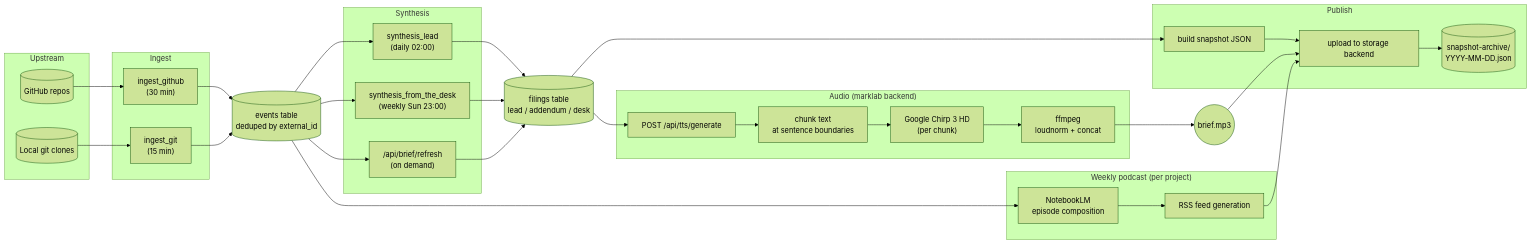
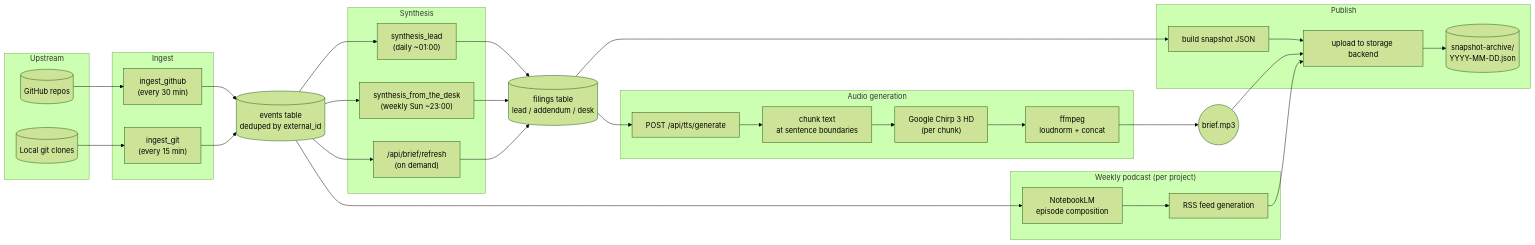
The first of 6 diagrams in docs/architecture/DATA-FLOW.md (markdavidgan/dispatch), drawn with Mermaid (forest theme) before and after one commit. The commit also changed other lines of this file and 4 other files, not shown here.

First line of the commit message:
docs(architecture): restructure docs around two deployment modes

````diff
--- a/docs/architecture/DATA-FLOW.md
+++ b/docs/architecture/DATA-FLOW.md
@@ -9,52 +17,52 @@
 ```mermaid
 flowchart LR
     subgraph upstream["Upstream"]
         gh[("GitHub repos")]
         git[("Local git clones")]
     end
 
     subgraph ingest["Ingest"]
-        ig["ingest_github<br/>(30 min)"]
-        igit["ingest_git<br/>(15 min)"]
+        ig["ingest_github<br/>(every 30 min)"]
+        igit["ingest_git<br/>(every 15 min)"]
     end
 
     events[("events table<br/>deduped by external_id")]
 
     subgraph synth["Synthesis"]
-        sl["synthesis_lead<br/>(daily 02:00)"]
-        sd["synthesis_from_the_desk<br/>(weekly Sun 23:00)"]
+        sl["synthesis_lead<br/>(daily ~01:00)"]
+        sd["synthesis_from_the_desk<br/>(weekly Sun ~23:00)"]
         sr["/api/brief/refresh<br/>(on demand)"]
     end
 
     filings[("filings table<br/>lead / addendum / desk")]
 
-    subgraph audio["Audio (marklab backend)"]
+    subgraph audio["Audio generation"]
         tts_api["POST /api/tts/generate"]
         chunk["chunk text<br/>at sentence boundaries"]
         gtts["Google Chirp 3 HD<br/>(per chunk)"]
         ffmpeg["ffmpeg<br/>loudnorm + concat"]
     end
 
     mp3(("brief.mp3"))
 
     subgraph publish["Publish"]
         snap["build snapshot JSON"]
         store["upload to storage backend"]
         archive[("snapshot-archive/<br/>YYYY-MM-DD.json")]
     end
 
     subgraph podcast["Weekly podcast (per project)"]
         nlm["NotebookLM<br/>episode composition"]
         rss["RSS feed generation"]
     end
 
     gh --> ig --> events
     git --> igit --> events
     events --> sl --> filings
     events --> sd --> filings
     events --> sr --> filings
     filings --> tts_api --> chunk --> gtts --> ffmpeg --> mp3
     filings --> snap --> store --> archive
     mp3 --> store
     events --> nlm --> rss --> store
 ```
````
